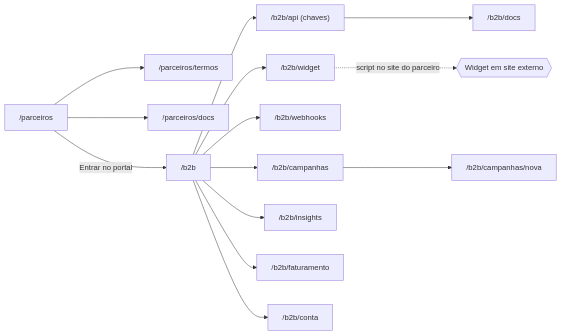
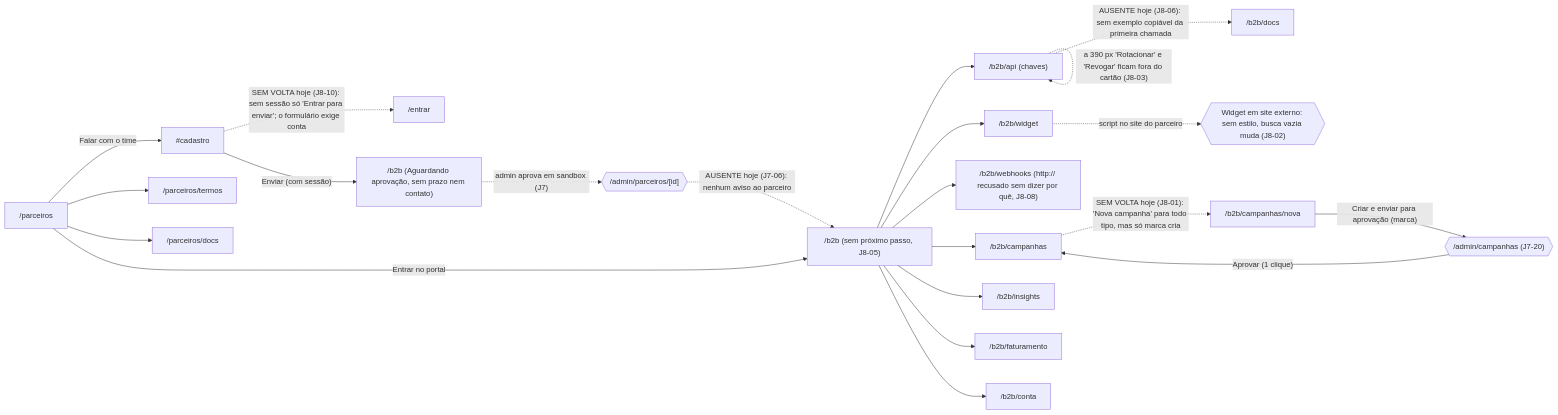
Before and after one commit to mzinhoww-svg/listaescolar: the eighth of 9 diagrams in docs/revisao-total/fluxos.md, drawn with Mermaid. The commit also changed other lines of this file and 49 other files, not shown here.

````diff
--- a/docs/revisao-total/fluxos.md
+++ b/docs/revisao-total/fluxos.md
@@ -198,16 +200,24 @@
 ```mermaid
 flowchart LR
-  parceiros["/parceiros"] --> termos["/parceiros/termos"]
+  parceiros["/parceiros"] -->|"Falar com o time"| cad["#cadastro"]
+  cad -. "SEM VOLTA hoje (J8-10): sem sessão só 'Entrar para enviar'; o formulário exige conta" .-> login["/entrar"]
+  cad -->|"Enviar (com sessão)"| espera["/b2b (Aguardando aprovação, sem prazo nem contato)"]
+  parceiros --> termos["/parceiros/termos"]
   parceiros --> pdocs["/parceiros/docs"]
-  parceiros -->|"Entrar no portal"| b2b["/b2b"]
+  parceiros -->|"Entrar no portal"| b2b["/b2b (sem próximo passo, J8-05)"]
+  espera -.->|"admin aprova em sandbox (J7)"| aprov{{"/admin/parceiros/[id]"}}
+  aprov -. "AUSENTE hoje (J7-06): nenhum aviso ao parceiro" .-> b2b
   b2b --> api["/b2b/api (chaves)"]
-  api --> docs["/b2b/docs"]
+  api -. "AUSENTE hoje (J8-06): sem exemplo copiável da primeira chamada" .-> docs["/b2b/docs"]
+  api -. "a 390 px 'Rotacionar' e 'Revogar' ficam fora do cartão (J8-03)" .-> api
   b2b --> widget["/b2b/widget"]
-  widget -.->|"script no site do parceiro"| externo{{"Widget em site externo"}}
-  b2b --> web["/b2b/webhooks"]
+  widget -.->|"script no site do parceiro"| externo{{"Widget em site externo: sem estilo, busca vazia muda (J8-02)"}}
+  b2b --> web["/b2b/webhooks (http:// recusado sem dizer por quê, J8-08)"]
   b2b --> camp["/b2b/campanhas"]
-  camp --> campnova["/b2b/campanhas/nova"]
+  camp -. "SEM VOLTA hoje (J8-01): 'Nova campanha' para todo tipo, mas só marca cria" .-> campnova["/b2b/campanhas/nova"]
+  campnova -->|"Criar e enviar para aprovação (marca)"| adminc{{"/admin/campanhas (J7-20)"}}
+  adminc -->|"Aprovar (1 clique)"| camp
   b2b --> ins["/b2b/insights"]
   b2b --> fat["/b2b/faturamento"]
   b2b --> conta["/b2b/conta"]
 ```
````
